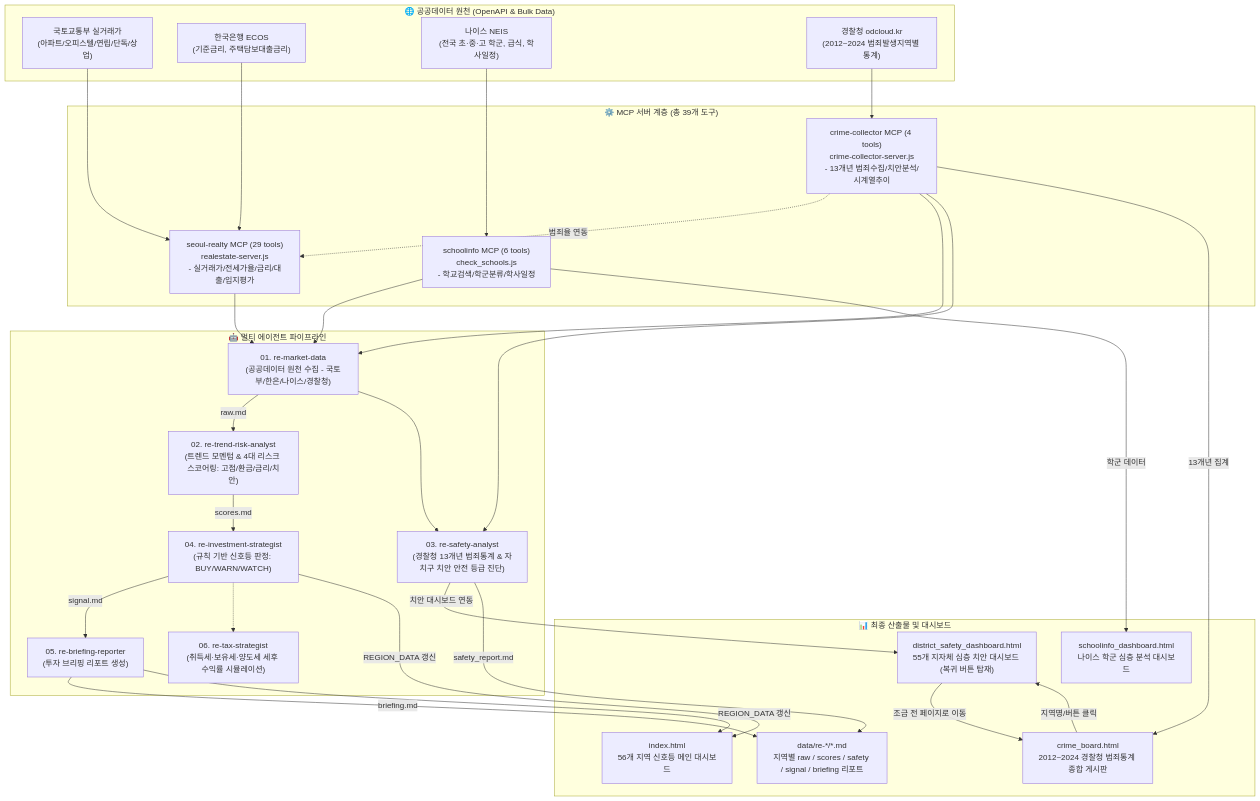
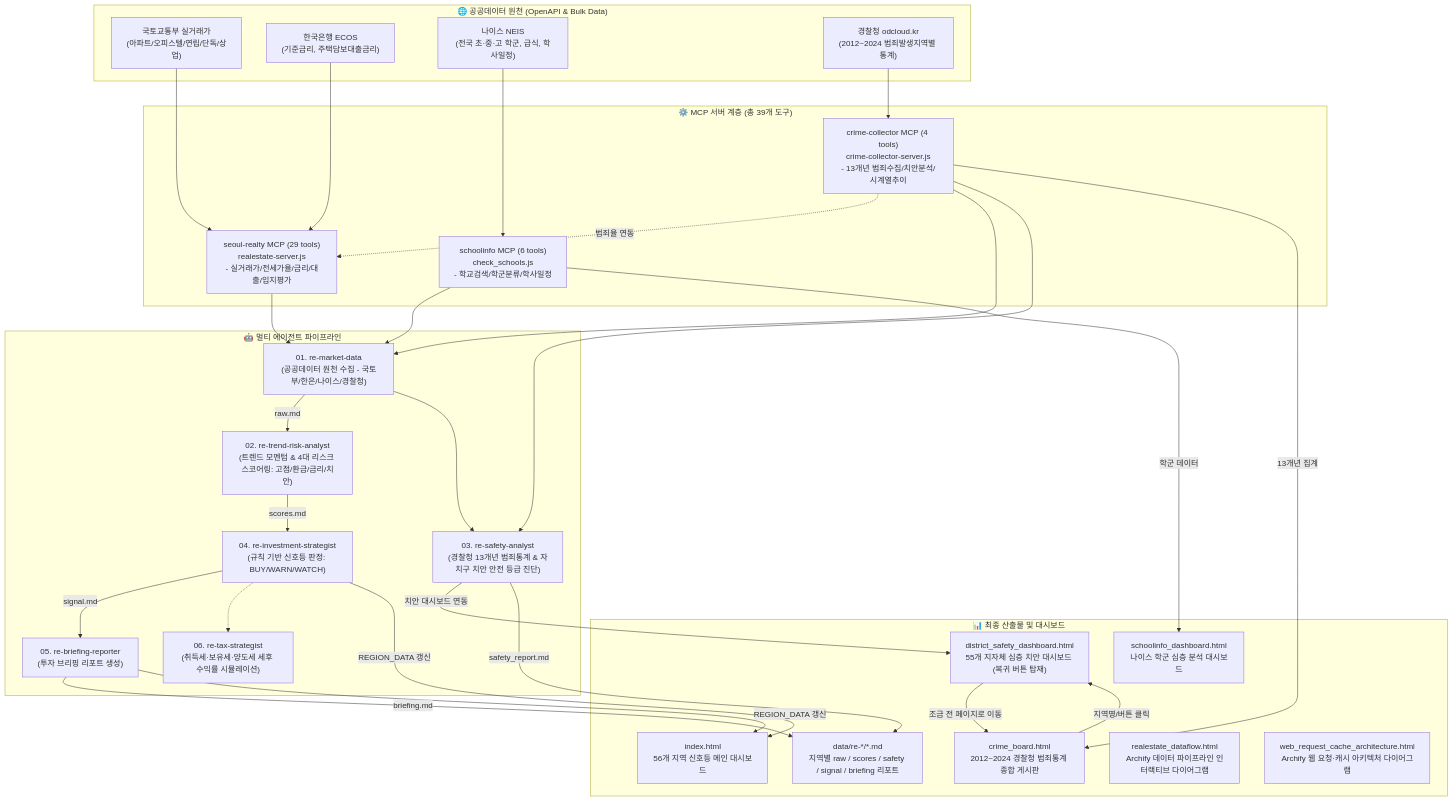
One commit to kdmin7/realestate-traffic-light changed the diagram in README.md. Above: the diagram before and after it, drawn with Mermaid. The commit also changed other lines of this file and 274 other files, not shown here.

Commit message:
feat: 대시보드 UI/UX 고도화, Archify 다이어그램 및 에이전트 파이프라인 정비

````diff
--- a/README.md
+++ b/README.md
@@ -87,53 +109,55 @@
 ```mermaid
 flowchart TD
     subgraph SOURCEDATA ["🌐 공공데이터 원천 (OpenAPI & Bulk Data)"]
         D1["국토교통부 실거래가<br/>(아파트/오피스텔/연립/단독/상업)"]
         D2["한국은행 ECOS<br/>(기준금리, 주택담보대출금리)"]
         D3["나이스 NEIS<br/>(전국 초·중·고 학군, 급식, 학사일정)"]
         D4["경찰청 odcloud.kr<br/>(2012~2024 범죄발생지역별 통계)"]
     end
 
     subgraph MCPLAYER ["⚙️ MCP 서버 계층 (총 39개 도구)"]
         M1["seoul-realty MCP (29 tools)<br/>realestate-server.js<br/>- 실거래가/전세가율/금리/대출/입지평가"]
         M2["schoolinfo MCP (6 tools)<br/>check_schools.js<br/>- 학교검색/학군분류/학사일정"]
         M3["crime-collector MCP (4 tools)<br/>crime-collector-server.js<br/>- 13개년 범죄수집/치안분석/시계열추이"]
     end
 
     subgraph AGENTCHAIN ["🤖 멀티 에이전트 파이프라인"]
         A1["01. re-market-data<br/>(공공데이터 원천 수집 - 국토부/한은/나이스/경찰청)"]
         A2["02. re-trend-risk-analyst<br/>(트렌드 모멘텀 & 4대 리스크 스코어링: 고점/환금/금리/치안)"]
         A6["03. re-safety-analyst<br/>(경찰청 13개년 범죄통계 & 자치구 치안 안전 등급 진단)"]
         A3["04. re-investment-strategist<br/>(규칙 기반 신호등 판정: BUY/WARN/WATCH)"]
         A4["05. re-briefing-reporter<br/>(투자 브리핑 리포트 생성)"]
         A5["06. re-tax-strategist<br/>(취득세·보유세·양도세 세후 수익률 시뮬레이션)"]
     end
 
     subgraph OUTPUTLAYER ["📊 최종 산출물 및 대시보드"]
         OUT1["index.html<br/>56개 지역 신호등 메인 대시보드"]
         OUT2["crime_board.html<br/>2012~2024 경찰청 범죄통계 종합 게시판"]
         OUT3["schoolinfo_dashboard.html<br/>나이스 학군 심층 분석 대시보드"]
         OUT4["district_safety_dashboard.html<br/>55개 지자체 심층 치안 대시보드 (복귀 버튼 탑재)"]
         OUT5["data/re-*/*.md<br/>지역별 raw / scores / safety / signal / briefing 리포트"]
+        OUT6["realestate_dataflow.html<br/>Archify 데이터 파이프라인 인터랙티브 다이어그램"]
+        OUT7["web_request_cache_architecture.html<br/>Archify 웹 요청·캐시 아키텍처 다이어그램"]
     end
 
     D1 & D2 --> M1
     D3 --> M2
     D4 --> M3
     M3 -.->|범죄율 연동| M1
 
     M1 & M2 & M3 --> A1
     A1 -->|raw.md| A2
     M3 & A1 --> A6
     A6 -->|치안 대시보드 연동| OUT4
     A6 -->|safety_report.md| OUT5
     A2 -->|scores.md| A3
     A3 -->|signal.md| A4
     A3 -.-> A5
     A4 -->|briefing.md| OUT5
 
     A3 & A4 -->|REGION_DATA 갱신| OUT1
     M3 -->|13개년 집계| OUT2
     OUT2 -->|지역명/버튼 클릭| OUT4
     OUT4 -->|조금 전 페이지로 이동| OUT2
     M2 -->|학군 데이터| OUT3
 ```
````
